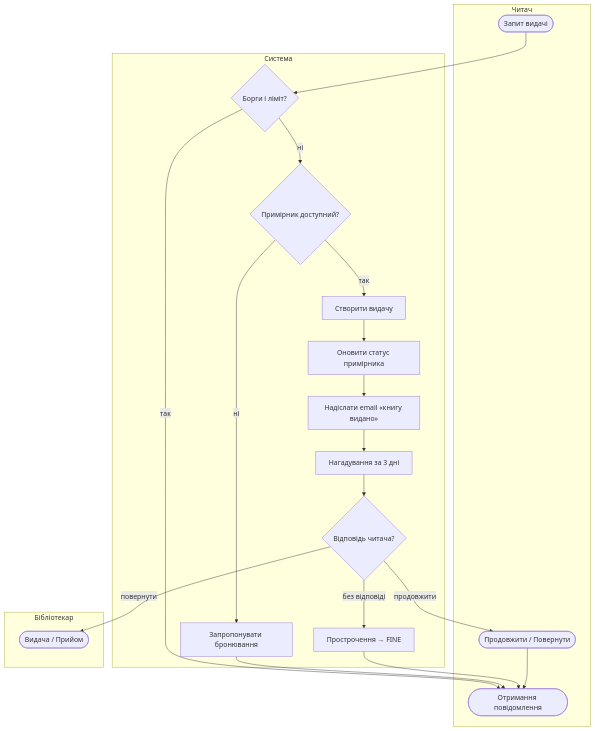
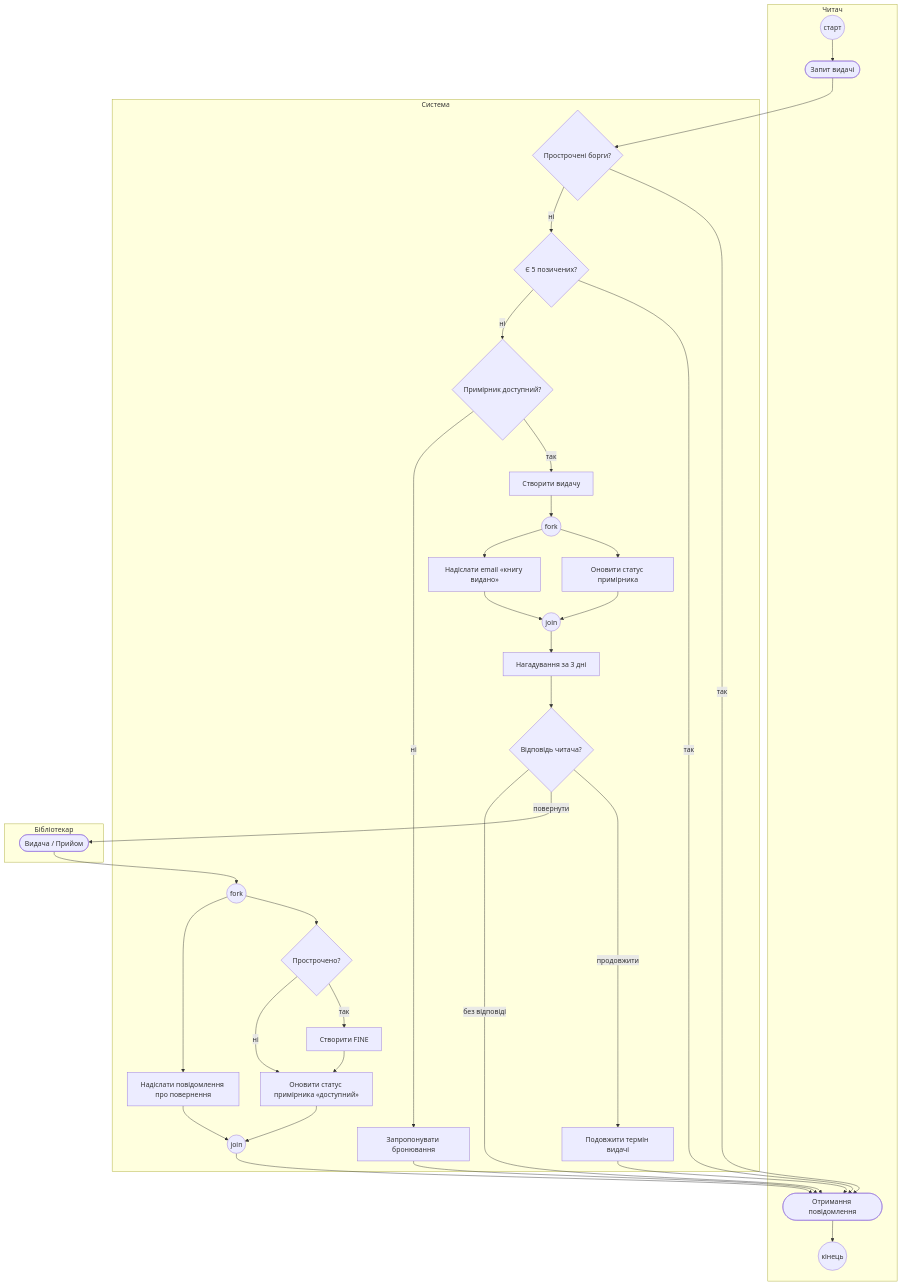
The diagram in task-4/activity.md (veronikapaschenkor29-png/Library-Modeling-and-Analysis-of-Software-Requirements), drawn with Mermaid before and after one commit. The commit also changed 1 other file, not shown here.

Commit message:
fix(task-4): activity diagram, fork/join, notification, FINE

````diff
--- a/task-4/activity.md
+++ b/task-4/activity.md
@@ -3,38 +3,63 @@
 ```mermaid
 flowchart TB
     subgraph Reader["Читач"]
+        START((старт))
         R1([Запит видачі])
         R2([Отримання повідомлення])
-        R3([Продовжити / Повернути])
+        STOP((кінець))
     end
     subgraph System["Система"]
-        S1{Борги і ліміт?}
+        S1a{Прострочені борги?}
+        S1b{Є 5 позичених?}
         S2{Примірник доступний?}
         S3[Створити видачу]
+        F1((fork))
         S4[Оновити статус примірника]
         S5[Надіслати email «книгу видано»]
+        J1((join))
         S6[Нагадування за 3 дні]
         S7{Відповідь читача?}
-        S8[Прострочення → FINE]
         S9[Запропонувати бронювання]
+        S14[Подовжити термін видачі]
+        F2((fork))
+        S10{Прострочено?}
+        S11[Створити FINE]
+        S12[Надіслати повідомлення про повернення]
+        S13[Оновити статус примірника «доступний»]
+        J2((join))
     end
     subgraph Librarian["Бібліотекар"]
         L1([Видача / Прийом])
     end
 
-    R1 --> S1
-    S1 -- ні --> S2
-    S1 -- так --> R2
+    START --> R1
+    R1 --> S1a
+    S1a -- так --> R2
+    S1a -- ні --> S1b
+    S1b -- так --> R2
+    S1b -- ні --> S2
     S2 -- так --> S3
     S2 -- ні --> S9
-    S3 --> S4
-    S4 --> S5
-    S5 --> S6
+    S3 --> F1
+    F1 --> S4
+    F1 --> S5
+    S4 --> J1
+    S5 --> J1
+    J1 --> S6
     S6 --> S7
-    S7 -- продовжити --> R3
+    S7 -- продовжити --> S14
+    S14 --> R2
     S7 -- повернути --> L1
-    S7 -- без відповіді --> S8
+    L1 --> F2
+    F2 --> S10
+    F2 --> S12
+    S10 -- так --> S11
+    S11 --> S13
+    S13 --> J2
+    S10 -- ні --> S13
+    S12 --> J2
+    J2 --> R2
+    S7 -- без відповіді --> R2
     S9 --> R2
-    S8 --> R2
-    R3 --> R2
+    R2 --> STOP
 ```
````
